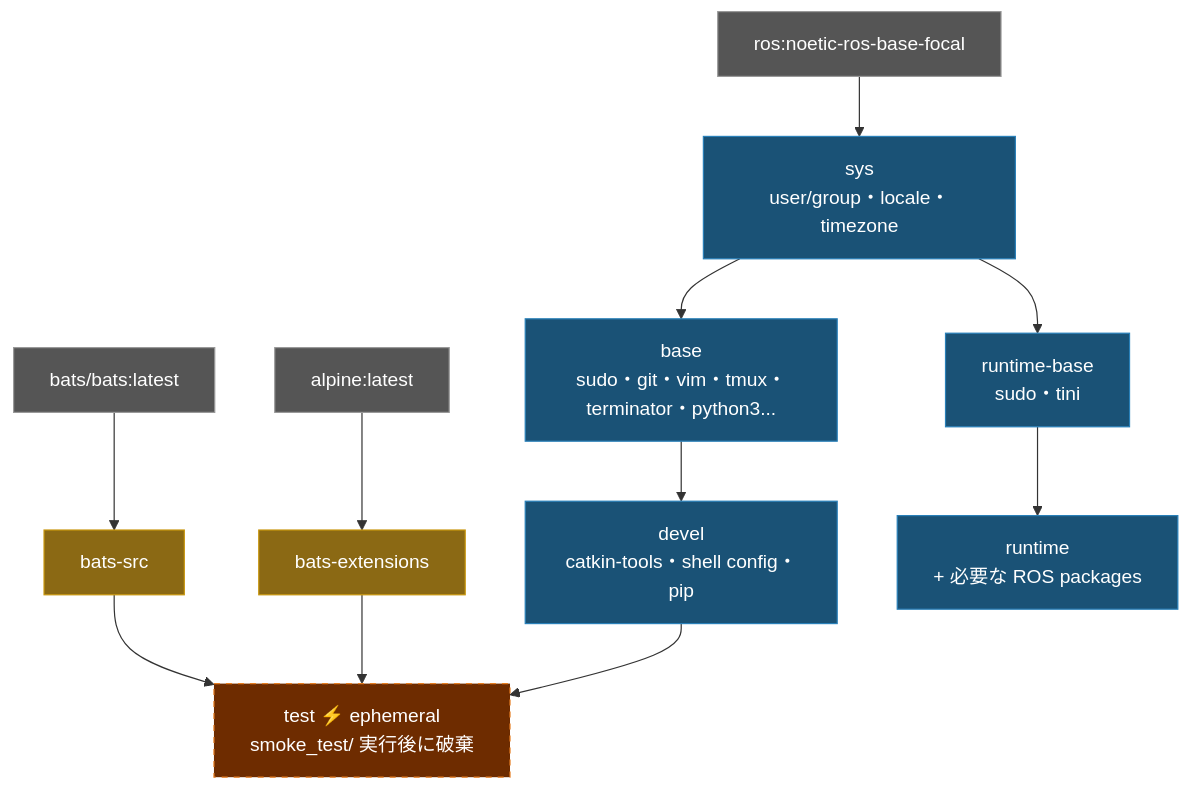
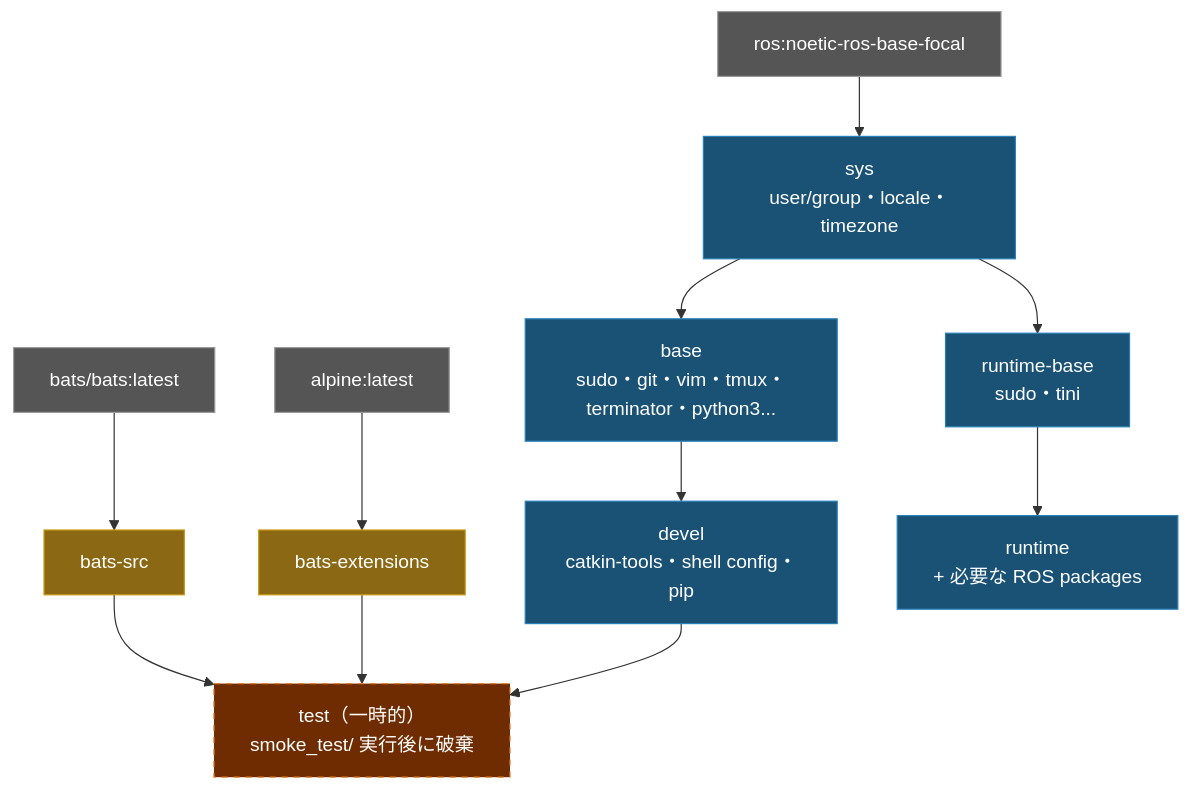
One commit to ycpss91255-docker/ros_noetic changed the diagram in doc/README.ja.md. Above: the diagram before and after it, drawn with Mermaid. The commit also changed 3 other files, not shown here.

Commit message:
docs: remove ⚡ emoji and translate ephemeral in architecture diagrams

````diff
--- a/doc/README.ja.md
+++ b/doc/README.ja.md
@@ -234,26 +234,26 @@
 ```mermaid
 graph TD
     EXT1["bats/bats:latest"]:::external
     EXT2["alpine:latest"]:::external
     EXT3["ros:noetic-ros-base-focal"]:::external
 
     EXT1 --> bats-src["bats-src"]:::tool
     EXT2 --> bats-ext["bats-extensions"]:::tool
 
     EXT3 --> sys["sys\nuser/group・locale・timezone"]:::stage
 
     sys --> base["base\nsudo・git・vim・tmux・terminator・python3..."]:::stage
     base --> devel["devel\ncatkin-tools・shell config・pip"]:::stage
 
-    bats-src --> test["test  ⚡ ephemeral\nsmoke_test/ 実行後に破棄"]:::ephemeral
+    bats-src --> test["test（一時的）\nsmoke_test/ 実行後に破棄"]:::ephemeral
     bats-ext --> test
     devel --> test
 
     sys --> runtime-base["runtime-base\nsudo・tini"]:::stage
     runtime-base --> runtime["runtime\n+ 必要な ROS packages"]:::stage
 
     classDef external fill:#555,color:#fff,stroke:#999
     classDef tool fill:#8B6914,color:#fff,stroke:#c8960c
     classDef stage fill:#1a5276,color:#fff,stroke:#2980b9
     classDef ephemeral fill:#6e2c00,color:#fff,stroke:#e67e22,stroke-dasharray:5 5
 ```
````
